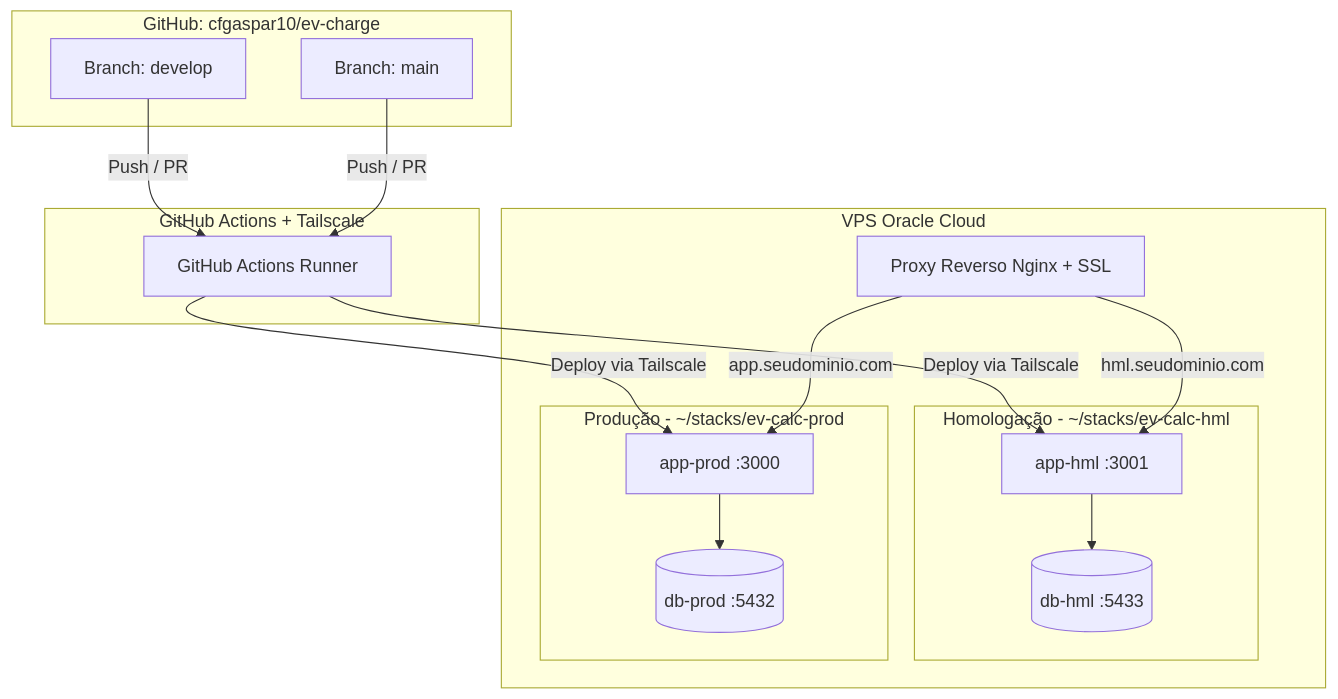
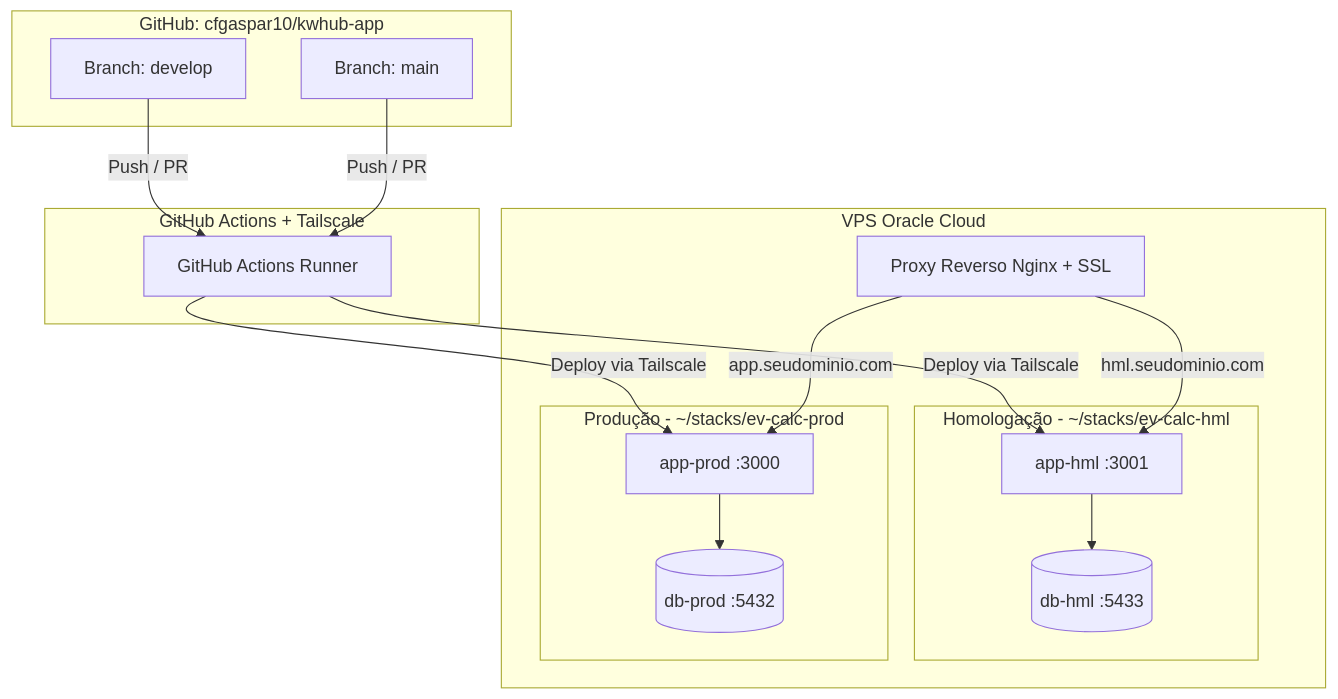
The diagram in docs/plano_implementacao_e_cronograma.md (cfgaspar10/ev-charge), drawn with Mermaid before and after one commit. The commit also changed other lines of this file and 6 other files, not shown here.

````diff
--- a/docs/plano_implementacao_e_cronograma.md
+++ b/docs/plano_implementacao_e_cronograma.md
@@ -19,35 +19,35 @@
 ```mermaid
 flowchart TD
-    subgraph Repositorio [GitHub: cfgaspar10/ev-charge]
+    subgraph Repositorio [GitHub: cfgaspar10/kwhub-app]
         DEV_BRANCH[Branch: develop]
         MAIN_BRANCH[Branch: main]
     end
 
     subgraph CI_CD [GitHub Actions + Tailscale]
         RUNNER[GitHub Actions Runner]
     end
 
     subgraph VPS_Host [VPS Oracle Cloud]
         NGINX[Proxy Reverso Nginx + SSL]
 
         subgraph HML [Homologação - ~/stacks/ev-calc-hml]
             APP_HML[app-hml :3001]
             DB_HML[(db-hml :5433)]
         end
 
         subgraph PROD [Produção - ~/stacks/ev-calc-prod]
             APP_PROD[app-prod :3000]
             DB_PROD[(db-prod :5432)]
         end
     end
 
     DEV_BRANCH -->|Push / PR| RUNNER
     MAIN_BRANCH -->|Push / PR| RUNNER
     RUNNER -->|Deploy via Tailscale| APP_HML
     RUNNER -->|Deploy via Tailscale| APP_PROD
 
     NGINX -->|hml.seudominio.com| APP_HML
     NGINX -->|app.seudominio.com| APP_PROD
     APP_HML --> DB_HML
     APP_PROD --> DB_PROD
 ```
````
